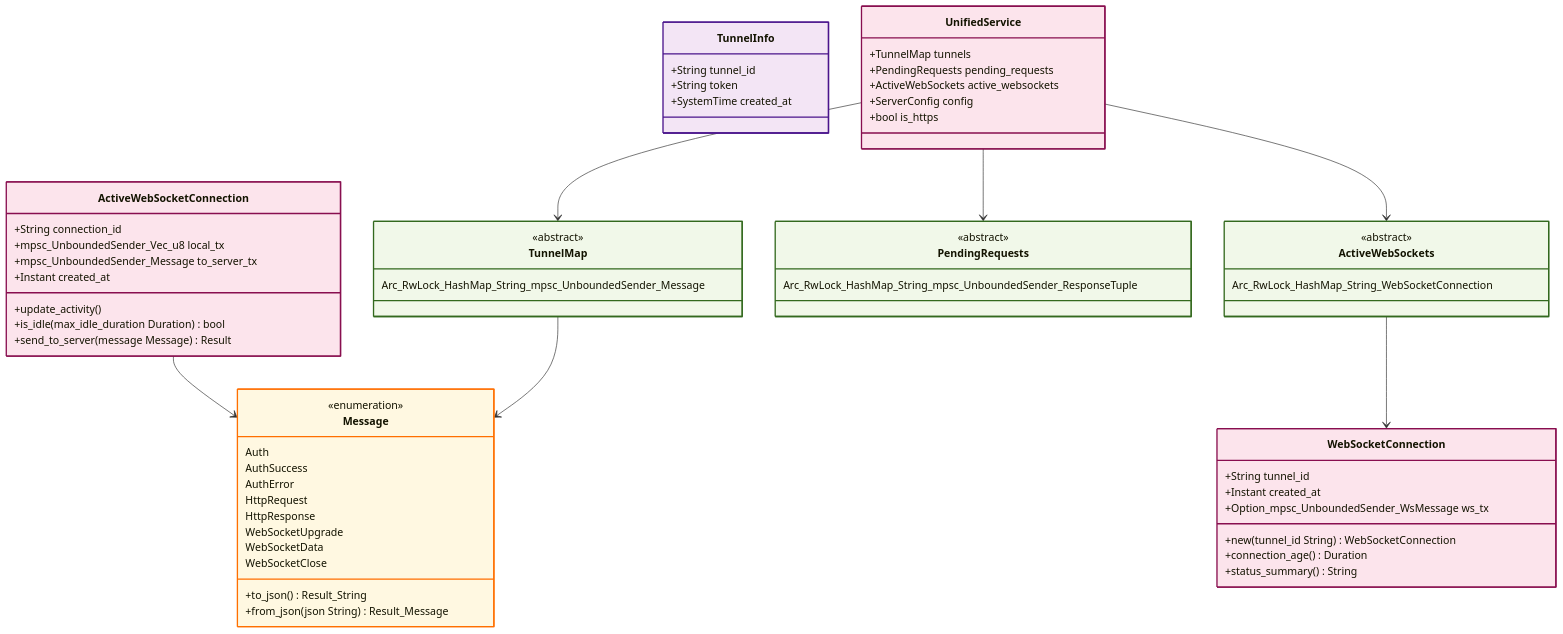
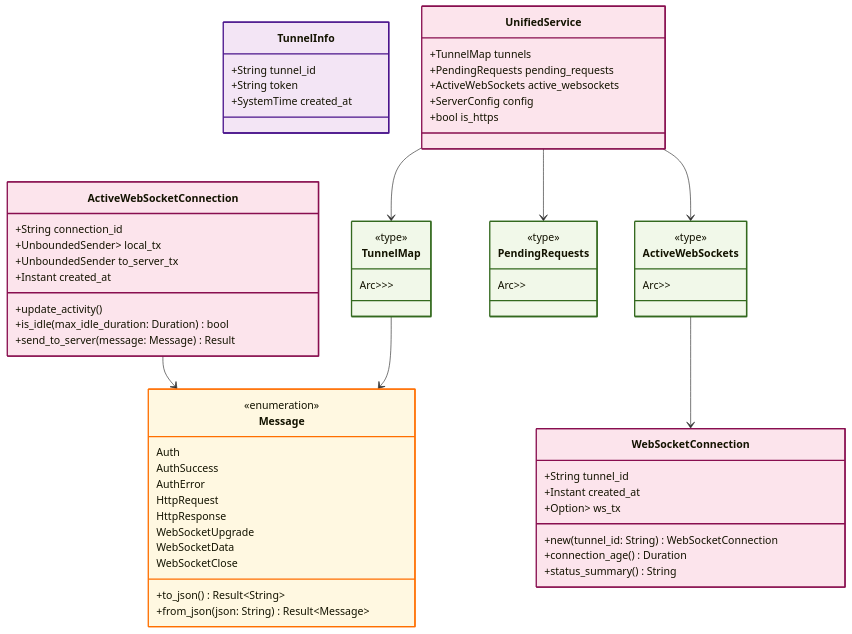
Before and after one commit to arch7tect/exposeme: the third of 3 diagrams in docs/exposeme_class_diagram.md, drawn with Mermaid. The commit also changed other lines of this file, not shown here.

````diff
--- a/docs/exposeme_class_diagram.md
+++ b/docs/exposeme_class_diagram.md
@@ -200,78 +200,78 @@
 ```mermaid
 classDiagram
     class Message:::enums {
         <<enumeration>>
         Auth
         AuthSuccess
         AuthError
         HttpRequest
         HttpResponse
         WebSocketUpgrade
         WebSocketData
         WebSocketClose
-        +to_json() Result_String
-        +from_json(json String) Result_Message
+        +to_json() Result~String~
+        +from_json(json: String) Result~Message~
     }
 
     class TunnelInfo:::protocol {
         +String tunnel_id
         +String token
         +SystemTime created_at
     }
 
     class UnifiedService:::service {
         +TunnelMap tunnels
         +PendingRequests pending_requests
         +ActiveWebSockets active_websockets
         +ServerConfig config
         +bool is_https
     }
 
     class WebSocketConnection:::service {
         +String tunnel_id
         +Instant created_at
-        +Option_mpsc_UnboundedSender_WsMessage ws_tx
-        +new(tunnel_id String) WebSocketConnection
+        +Option<UnboundedSender<WsMessage>> ws_tx
+        +new(tunnel_id: String) WebSocketConnection
         +connection_age() Duration
         +status_summary() String
     }
 
     class ActiveWebSocketConnection:::service {
         +String connection_id
-        +mpsc_UnboundedSender_Vec_u8 local_tx
-        +mpsc_UnboundedSender_Message to_server_tx
+        +UnboundedSender<Vec<u8>> local_tx
+        +UnboundedSender<Message> to_server_tx
         +Instant created_at
         +update_activity()
-        +is_idle(max_idle_duration Duration) bool
-        +send_to_server(message Message) Result
+        +is_idle(max_idle_duration: Duration) bool
+        +send_to_server(message: Message) Result
     }
 
     class TunnelMap:::types {
-        <<abstract>>
-        Arc_RwLock_HashMap_String_mpsc_UnboundedSender_Message
+        <<type>>
+        Arc<RwLock<HashMap<String, UnboundedSender<Message>>>>
     }
 
     class PendingRequests:::types {
-        <<abstract>>
-        Arc_RwLock_HashMap_String_mpsc_UnboundedSender_ResponseTuple
+        <<type>>
+        Arc<RwLock<HashMap<String, ResponseSender>>>
     }
 
     class ActiveWebSockets:::types {
-        <<abstract>>
-        Arc_RwLock_HashMap_String_WebSocketConnection
+        <<type>>
+        Arc<RwLock<HashMap<String, WebSocketConnection>>>
     }
 
     %% Relationships
     UnifiedService --> TunnelMap
     UnifiedService --> PendingRequests
     UnifiedService --> ActiveWebSockets
     ActiveWebSockets --> WebSocketConnection
     ActiveWebSocketConnection --> Message
     TunnelMap --> Message
 
     %% Styling
     classDef protocol fill:#f3e5f5,stroke:#4a148c,stroke-width:2px;
     classDef service fill:#fce4ec,stroke:#880e4f,stroke-width:2px;
     classDef types fill:#f1f8e9,stroke:#33691e,stroke-width:2px;
     classDef enums fill:#fff8e1,stroke:#ff6f00,stroke-width:2px;
 ```
````
